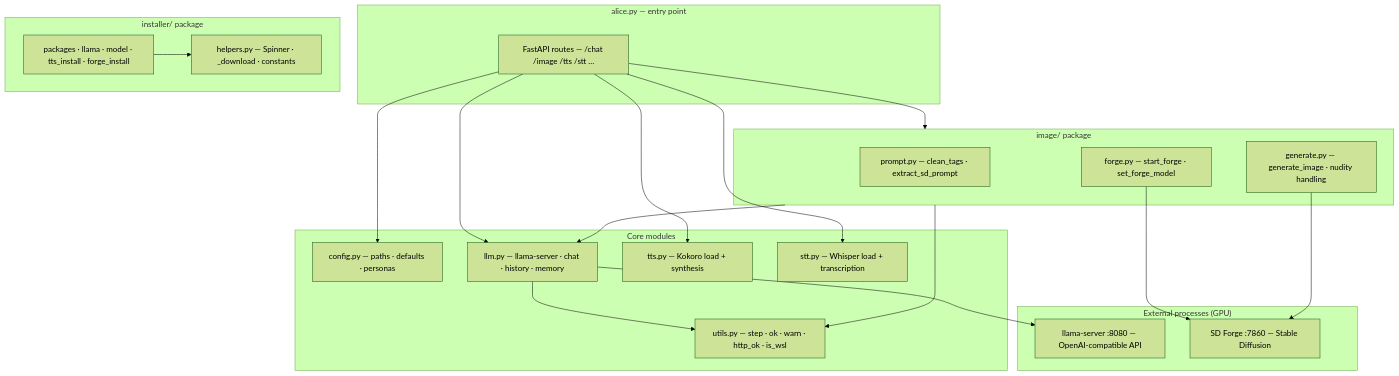
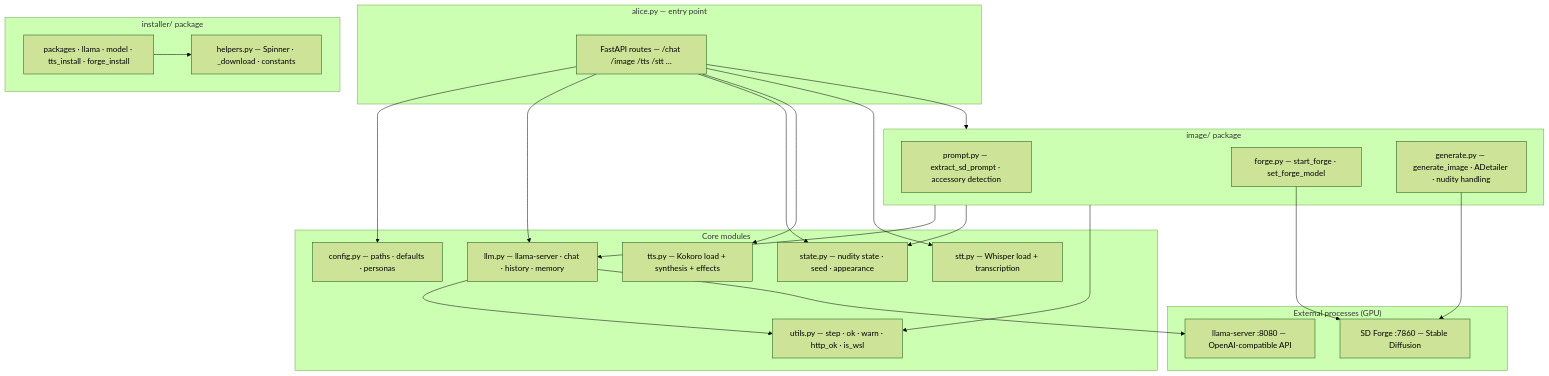
One commit to cschladetsch/PyLocalEnsemble changed the first of 4 diagrams in Readme.md. Above: the diagram before and after it, drawn with Mermaid (forest theme). The commit also changed other lines of this file, not shown here.

Commit message:
Update docs: ADetailer, accessories, re-say cache, hand tags, test coverage

````diff
--- a/Readme.md
+++ b/Readme.md
@@ -302,43 +359,46 @@
 ```mermaid
 graph TD
     subgraph App ["alice.py — entry point"]
         Routes["FastAPI routes — /chat /image /tts /stt …"]
     end
 
     subgraph Core ["Core modules"]
         Config["config.py — paths · defaults · personas"]
         LLM["llm.py — llama-server · chat · history · memory"]
-        TTS["tts.py — Kokoro load + synthesis"]
+        State["state.py — nudity state · seed · appearance"]
+        TTS["tts.py — Kokoro load + synthesis + effects"]
         STT["stt.py — Whisper load + transcription"]
         Utils["utils.py — step · ok · warn · http_ok · is_wsl"]
     end
 
     subgraph ImagePkg ["image/ package"]
-        Prompt["prompt.py — clean_tags · extract_sd_prompt"]
+        Prompt["prompt.py — extract_sd_prompt · accessory detection"]
         Forge["forge.py — start_forge · set_forge_model"]
-        Generate["generate.py — generate_image · nudity handling"]
+        Generate["generate.py — generate_image · ADetailer · nudity handling"]
     end
 
     subgraph InstallPkg ["installer/ package"]
         Helpers["helpers.py — Spinner · _download · constants"]
         Steps["packages · llama · model · tts_install · forge_install"]
     end
 
     subgraph External ["External processes (GPU)"]
         LlamaServer["llama-server :8080 — OpenAI-compatible API"]
         ForgeProc["SD Forge :7860 — Stable Diffusion"]
     end
 
     Routes --> Config
     Routes --> LLM
+    Routes --> State
     Routes --> TTS
     Routes --> STT
     Routes --> ImagePkg
     ImagePkg --> LLM
+    ImagePkg --> State
     ImagePkg --> Utils
     LLM --> Utils
     LLM --> LlamaServer
     Forge --> ForgeProc
     Generate --> ForgeProc
     Steps --> Helpers
 ```
````
